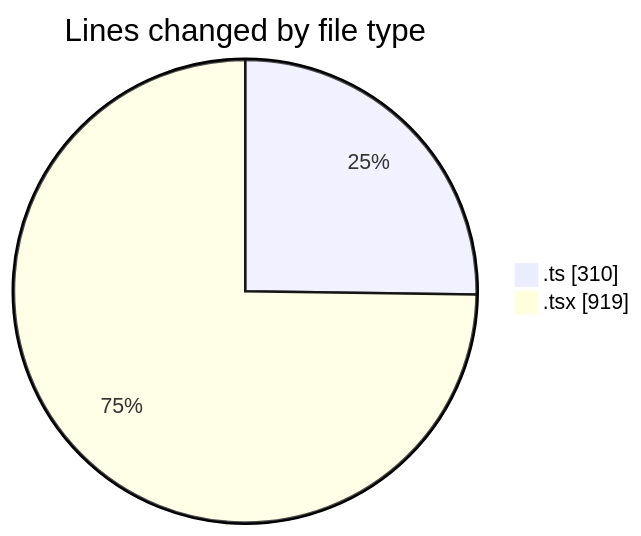
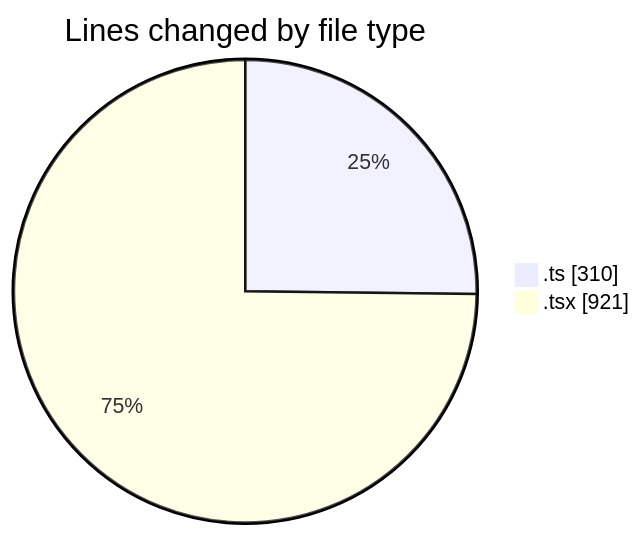
The first of 2 diagrams in 2026-09-09/cda/README.md (momahboobian/code-tracking), drawn with Mermaid before and after one commit. The commit also changed other lines of this file and 1 other file, not shown here.

````diff
--- a/2026-09-09/cda/README.md
+++ b/2026-09-09/cda/README.md
@@ -30,6 +30,6 @@
 ```mermaid
 pie showData
 title Lines changed by file type
 ".ts" : 310
-".tsx" : 919
+".tsx" : 921
 ```
````
